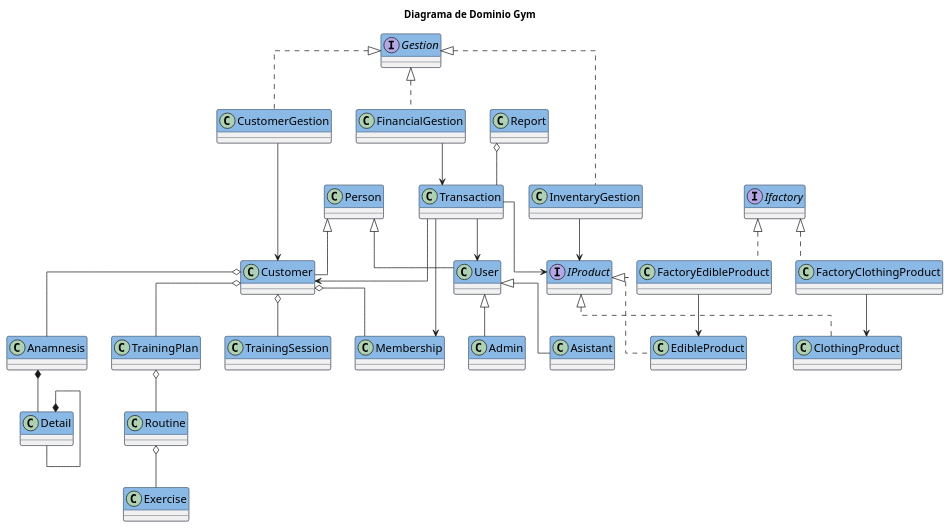
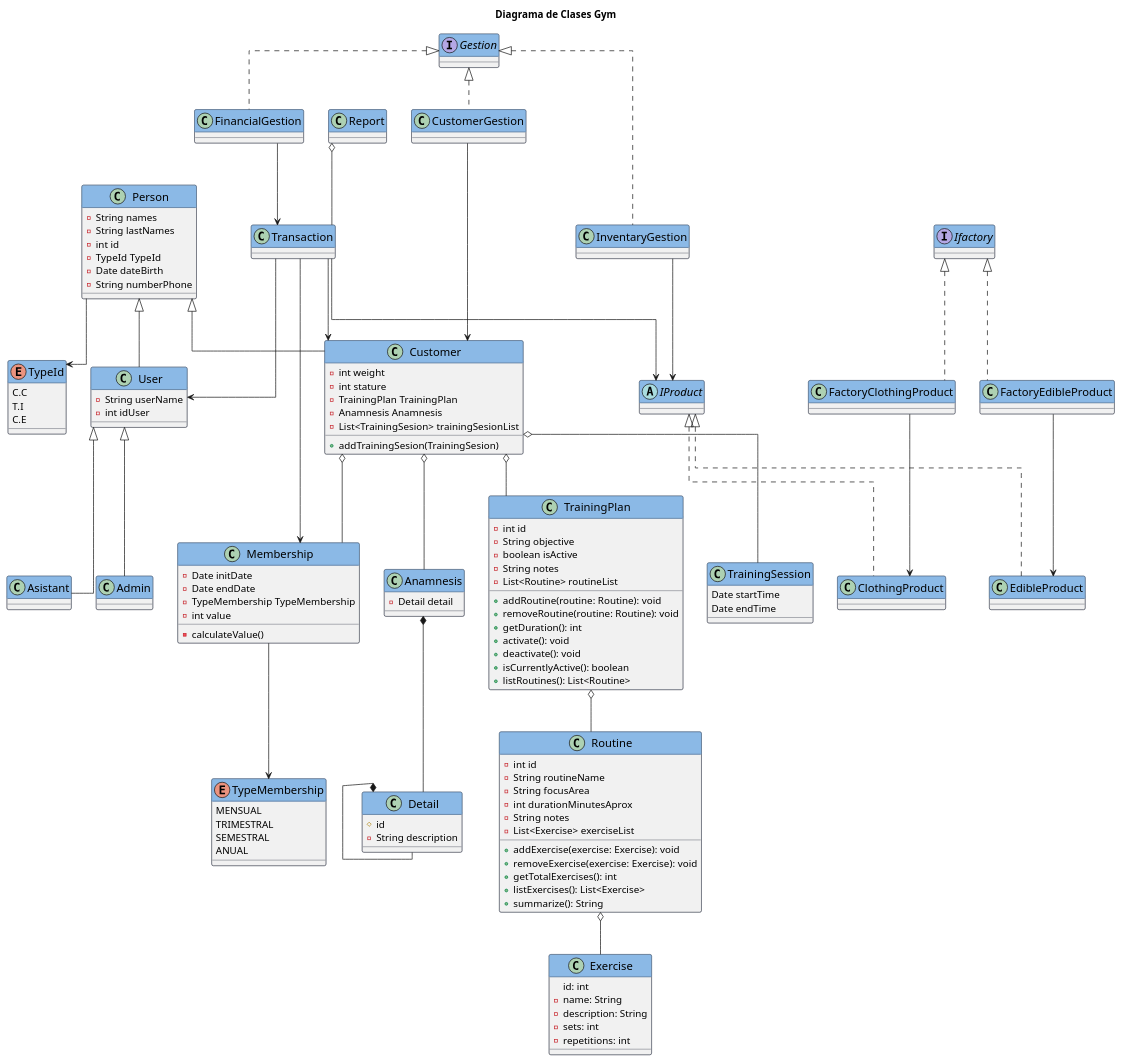
One commit to brayanfu038/GymRepository changed the diagram in modelos/clases.puml. Above: the diagram before and after it, drawn with PlantUML. The commit also changed 1 other file, not shown here.

```diff
--- a/modelos/clases.puml
+++ b/modelos/clases.puml
@@ -1,120 +1,185 @@
 @startuml
-title Diagrama de Dominio Gym
+title Diagrama de Clases Gym
 
 ' ----- CLASES ----------
 class Person{
+    -String names
+    -String lastNames
+    -int id
+    -TypeId TypeId
+    -Date dateBirth
+    -String numberPhone
+}
+enum TypeId{
+    C.C
+    T.I
+    C.E
+}
 
-}
 class Customer{
-
+    -int weight
+    -int stature
+    -TrainingPlan TrainingPlan
+    -Anamnesis Anamnesis
+    -List<TrainingSesion> trainingSesionList
+    +addTrainingSesion(TrainingSesion)
 }
 class User{
+    -String userName
+    -int idUser
 
 }
 class Anamnesis{
-
+    -Detail detail
 }
 class Detail{
+    #id
+    -String description
 
 }
 class Membership{
+    -Date initDate
+    -Date endDate
+    -TypeMembership TypeMembership
+    -int value
+    -calculateValue()
+}
+
+enum TypeMembership{
+    MENSUAL
+    TRIMESTRAL 
+    SEMESTRAL
+    ANUAL
 
 }
 class TrainingPlan{
 
+  -int id
+  -String objective
+  -boolean isActive
+  -String notes
+  -List<Routine> routineList
+  + addRoutine(routine: Routine): void
+  + removeRoutine(routine: Routine): void
+  + getDuration(): int
+  + activate(): void
+  + deactivate(): void
+  + isCurrentlyActive(): boolean
+  + listRoutines(): List<Routine>
 }
+
+
 class Routine{
-
+    -int id
+    -String routineName
+    -String focusArea
+    -int durationMinutesAprox
+    -String notes
+    -List<Exercise> exerciseList
+    + addExercise(exercise: Exercise): void
+    + removeExercise(exercise: Exercise): void
+    + getTotalExercises(): int
+    + listExercises(): List<Exercise>
+    + summarize(): String
 }
 class Exercise{
+    id: int
+  - name: String
+  - description: String
+  - sets: int
+  - repetitions: int
 
 }
 class TrainingSession{
+    Date startTime
+    Date endTime
 
 }
 class Admin{
 
 }
 class Asistant{
 
 }
-interface IProduct{
+abstract class IProduct{
 
 }
 class EdibleProduct{
 
 }
 class ClothingProduct{
 
 }
 interface Ifactory{
 }
 class FactoryEdibleProduct{
 
 }
 class FactoryClothingProduct{
 
 }
 class InventaryGestion{
 
 }
 class CustomerGestion{
 
 }
 class FinancialGestion{
 }
 interface Gestion{
 
 }
 class Transaction{
 
 }
 class Report{
 
 }
 '------ RELACIONES ---------
 Person <|-- User
 Person <|-- Customer
 User <|-- Asistant
 User <|-- Admin
 Ifactory <|.. FactoryClothingProduct
 Ifactory <|.. FactoryEdibleProduct
 IProduct <|.. EdibleProduct
 IProduct <|.. ClothingProduct
 Gestion <|.. InventaryGestion
 Gestion <|.. CustomerGestion
 Gestion <|.. FinancialGestion
 Customer o-- Anamnesis
 Customer o-- Membership
 Customer o-- TrainingPlan
 Customer o-- TrainingSession
 TrainingPlan o-- Routine
 Report o-- Transaction
 Routine o-- Exercise
 Anamnesis *-- Detail
 Detail*-- Detail
 FactoryEdibleProduct --> EdibleProduct
 FactoryClothingProduct --> ClothingProduct
 InventaryGestion --> IProduct
 CustomerGestion --> Customer
 
 FinancialGestion --> Transaction
 Transaction --> User
 Transaction --> Customer
 Transaction --> IProduct
 Transaction --> Membership
+Person --> TypeId
+Membership --> TypeMembership
 
 
 
 ' Definir la apariencia general
 skinparam classAttributeIconSize 8
 skinparam classFontSize 16
 skinparam classFontName "Arial"
 skinparam classBorderColor #212837
 skinparam classHeaderFontColor #FFFFFF
 skinparam classHeaderBackgroundColor #8BB9E6
 skinparam classArrowColor #6E95C2
 skinparam linetype ortho
 
 ' k
 @enduml
```
